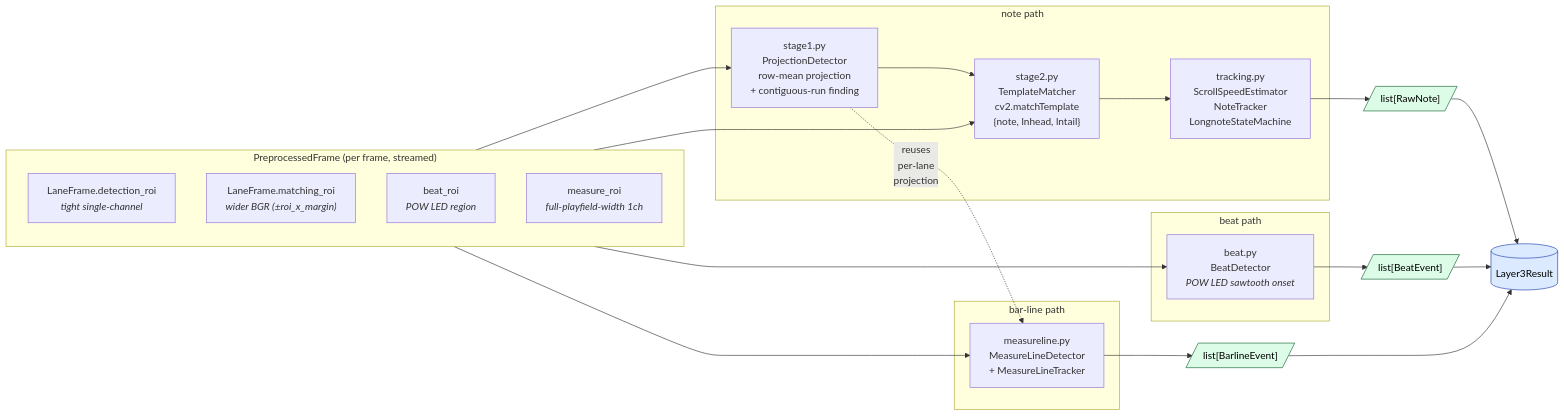
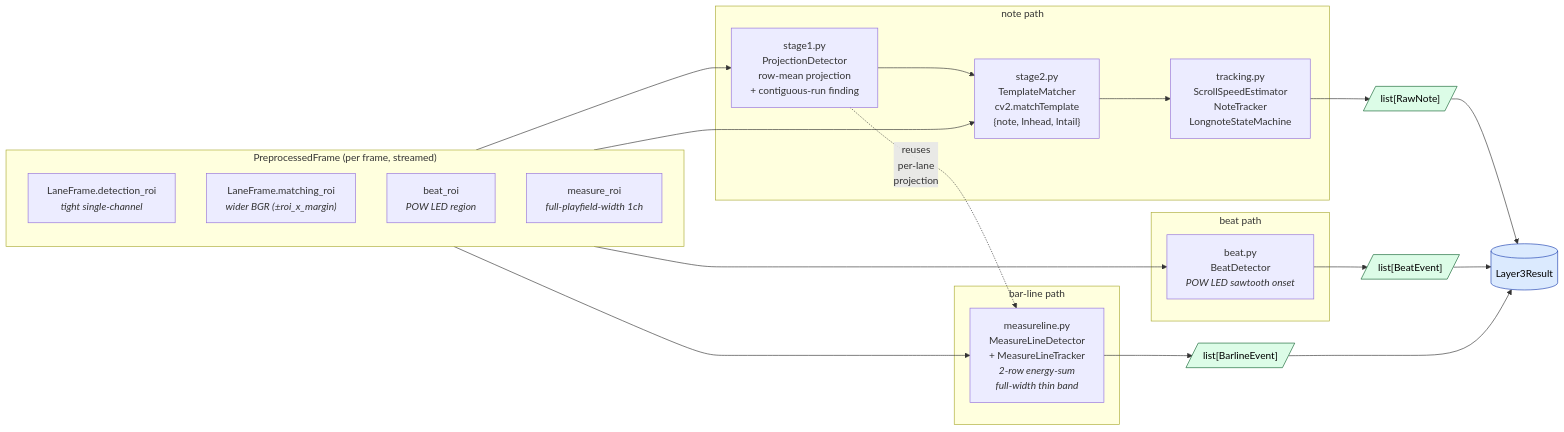
Before and after one commit to khanwul/EZ2CV-djmax: the third of 5 diagrams in doc/ARCHITECTURE.md, drawn with Mermaid. The commit also changed other lines of this file and 6 other files, not shown here.

````diff
--- a/doc/ARCHITECTURE.md
+++ b/doc/ARCHITECTURE.md
@@ -127,42 +127,42 @@
 ```mermaid
 flowchart LR
     subgraph PF["PreprocessedFrame (per frame, streamed)"]
         direction TB
         det["LaneFrame.detection_roi<br/><i>tight single-channel</i>"]
         match["LaneFrame.matching_roi<br/><i>wider BGR (±roi_x_margin)</i>"]
         beat_roi["beat_roi<br/><i>POW LED region</i>"]
         meas_roi["measure_roi<br/><i>full-playfield-width 1ch</i>"]
     end
 
     subgraph NOTE["note path"]
         s1["stage1.py<br/>ProjectionDetector<br/>row-mean projection<br/>+ contiguous-run finding"]
         s2["stage2.py<br/>TemplateMatcher<br/>cv2.matchTemplate<br/>{note, lnhead, lntail}"]
         tr["tracking.py<br/>ScrollSpeedEstimator<br/>NoteTracker<br/>LongnoteStateMachine"]
         s1 --> s2 --> tr
     end
 
     subgraph BEAT["beat path"]
         bd["beat.py<br/>BeatDetector<br/><i>POW LED sawtooth onset</i>"]
     end
 
     subgraph BAR["bar-line path"]
-        md["measureline.py<br/>MeasureLineDetector<br/>+ MeasureLineTracker"]
+        md["measureline.py<br/>MeasureLineDetector<br/>+ MeasureLineTracker<br/><i>2-row energy-sum<br/>full-width thin band</i>"]
     end
 
     det     --> s1
     match   --> s2
     beat_roi --> bd
     meas_roi --> md
     s1 -. "reuses<br/>per-lane<br/>projection" .-> md
 
     tr --> notes[/"list[RawNote]"/]:::out
     bd --> beats[/"list[BeatEvent]"/]:::out
     md --> bars[/"list[BarlineEvent]"/]:::out
 
     notes --> L3R[("Layer3Result")]:::data
     beats --> L3R
     bars  --> L3R
 
     classDef out  fill:#dcfce7,stroke:#166534,color:#000
     classDef data fill:#dbeafe,stroke:#1e40af,color:#000
 ```
````
